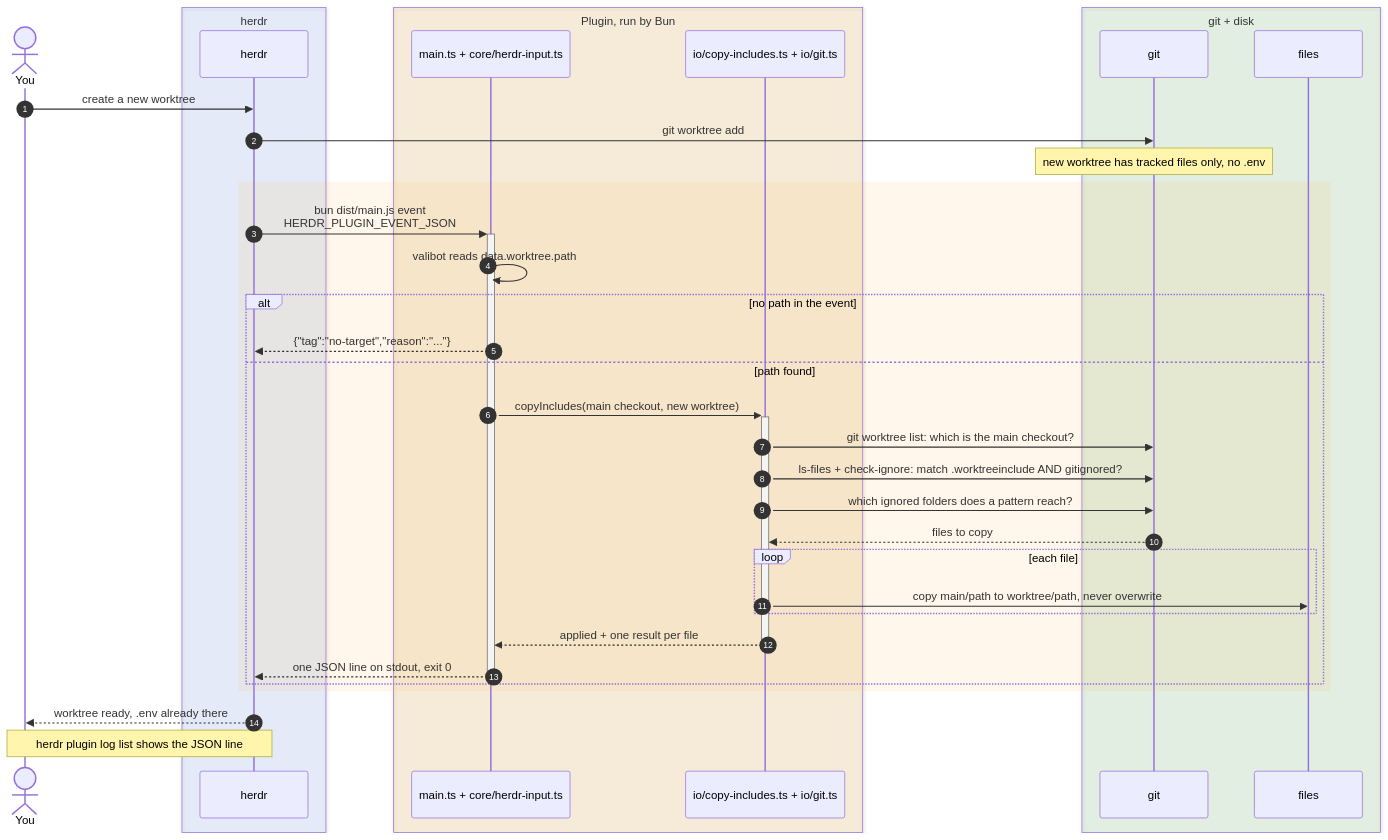
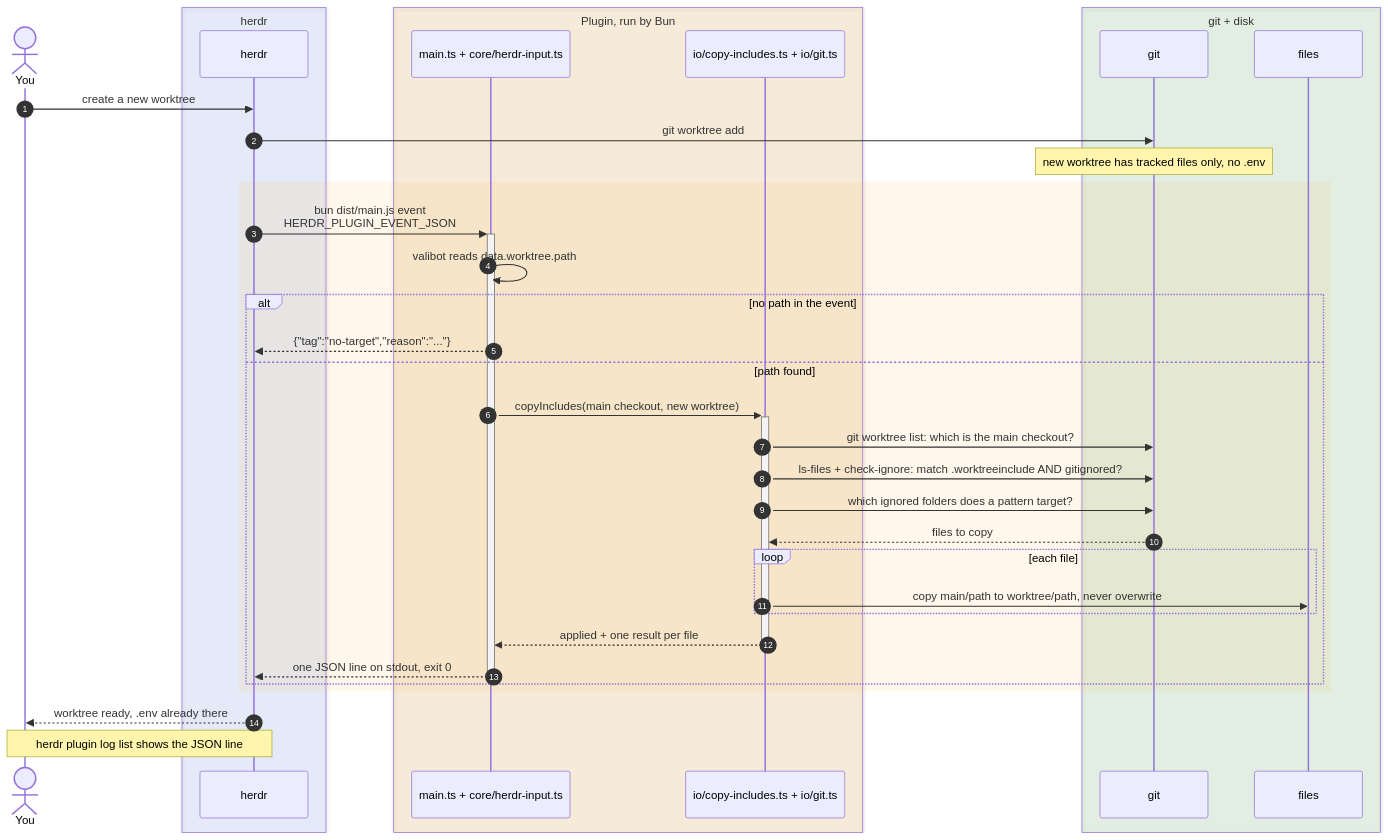
One commit to heyfirst/herdr-worktree-include changed the first of 3 diagrams in CONTEXT.md. Above: the diagram before and after it, drawn with Mermaid. The commit also changed other lines of this file and 7 other files, not shown here.

````diff
--- a/CONTEXT.md
+++ b/CONTEXT.md
@@ -7,42 +7,42 @@
 ```mermaid
 sequenceDiagram
     autonumber
     actor You
     box rgba(100, 150, 255, 0.12) herdr
         participant H as herdr
     end
     box rgba(250, 180, 60, 0.15) Plugin, run by Bun
         participant M as main.ts + core/herdr-input.ts
         participant A as io/copy-includes.ts + io/git.ts
     end
     box rgba(120, 200, 120, 0.15) git + disk
         participant G as git
         participant FS as files
     end
 
     You->>H: create a new worktree
     H->>G: git worktree add
     Note over G: new worktree has tracked files only, no .env
 
     rect rgba(250, 180, 60, 0.10)
         H->>+M: bun dist/main.js event<br/>HERDR_PLUGIN_EVENT_JSON
         M->>M: valibot reads data.worktree.path
         alt no path in the event
             M-->>H: {"tag":"no-target","reason":"..."}
         else path found
             M->>+A: copyIncludes(main checkout, new worktree)
             A->>G: git worktree list: which is the main checkout?
             A->>G: ls-files + check-ignore: match .worktreeinclude AND gitignored?
-            A->>G: which ignored folders does a pattern reach?
+            A->>G: which ignored folders does a pattern target?
             G-->>A: files to copy
             loop each file
                 A->>FS: copy main/path to worktree/path, never overwrite
             end
             A-->>-M: applied + one result per file
             M-->>-H: one JSON line on stdout, exit 0
         end
     end
 
     H-->>You: worktree ready, .env already there
     Note over You,H: herdr plugin log list shows the JSON line
 ```
````
